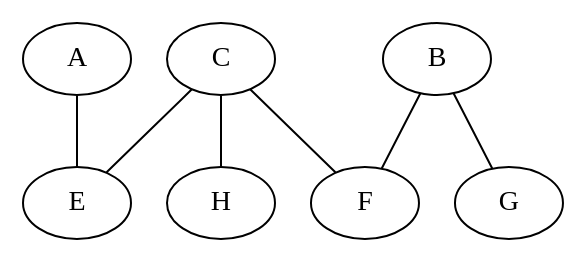
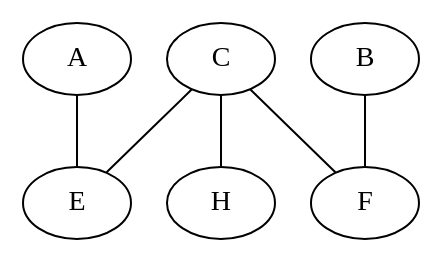
One commit to ctkawa/iegbuah changed the diagram in grafo2.dot. Above: the diagram before and after it, drawn with Graphviz. The commit also changed 1 other file, not shown here.

```diff
--- a/grafo2.dot
+++ b/grafo2.dot
@@ -1,17 +1,17 @@
 graph G {
 	subgraph X {
 		A; B; C;
 	};
 
 	subgraph Y {
-		E; F; G; H;
+		E; F; H;
 	};
 
 	subgraph M {
 		
 	};
 	
-	A; B; C; E; F; G; H;
-	A--E; B--F; C--F; B--G; C--E; C--H;
+	A; B; C; E; F; H;
+	A--E; B--F; C--F; C--E; C--H;
 	
 }
```
